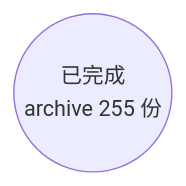
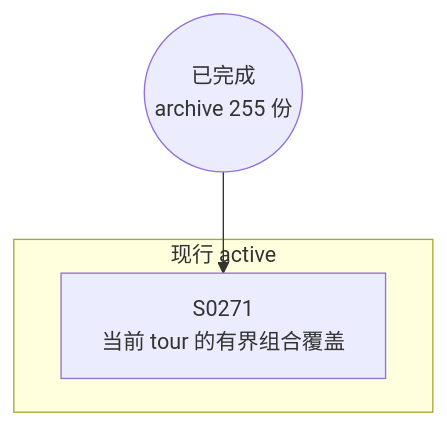
Before and after one commit to Halckon/Koven: the diagram in docs/specs/dependency-graph.md, drawn with Mermaid. The commit also changed other lines of this file and 7 other files, not shown here.

````diff
--- a/docs/specs/dependency-graph.md
+++ b/docs/specs/dependency-graph.md
@@ -9,4 +9,8 @@
 ```mermaid
 flowchart TD
 ARCH(("已完成<br/>archive 255 份"))
+subgraph Gactive["现行 active"]
+  S0271["S0271<br/>当前 tour 的有界组合覆盖"]
+end
+ARCH --> S0271
 ```
````
